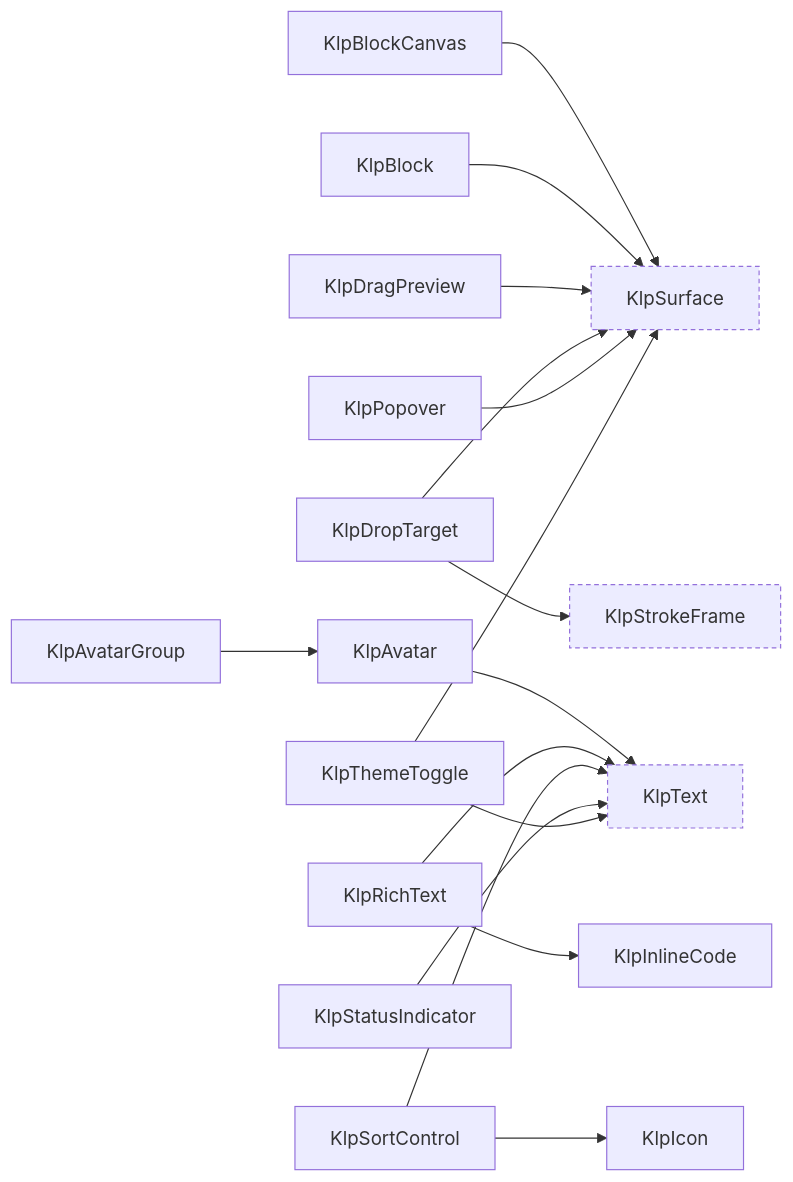
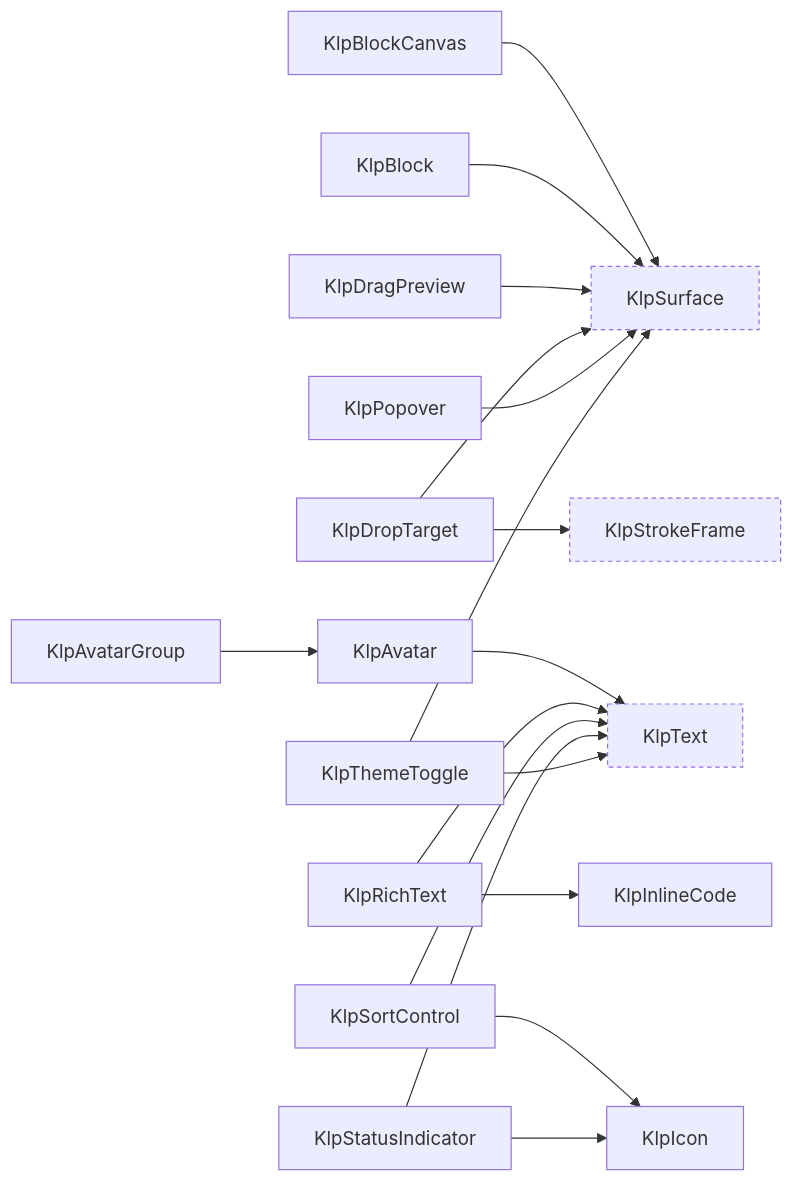
The third of 16 diagrams in spec/component-inventory.md (MiuDog/Kallopis), drawn with Mermaid before and after one commit. The commit also changed other lines of this file and 31 other files, not shown here.

````diff
--- a/spec/component-inventory.md
+++ b/spec/component-inventory.md
@@ -192,35 +192,36 @@
 ```mermaid
 graph LR
   KlpAvatar["KlpAvatar"]
   KlpAvatarGroup["KlpAvatarGroup"]
   KlpBlock["KlpBlock"]
   KlpBlockCanvas["KlpBlockCanvas"]
   KlpDragPreview["KlpDragPreview"]
   KlpDropTarget["KlpDropTarget"]
   KlpIcon["KlpIcon"]
   KlpInlineCode["KlpInlineCode"]
   KlpPopover["KlpPopover"]
   KlpRichText["KlpRichText"]
   KlpSortControl["KlpSortControl"]
   KlpStatusIndicator["KlpStatusIndicator"]
   KlpStrokeFrame["KlpStrokeFrame"]:::external
   KlpSurface["KlpSurface"]:::external
   KlpText["KlpText"]:::external
   KlpThemeToggle["KlpThemeToggle"]
   KlpAvatarGroup --> KlpAvatar
   KlpAvatar --> KlpText
   KlpBlockCanvas --> KlpSurface
   KlpBlock --> KlpSurface
   KlpDragPreview --> KlpSurface
   KlpDropTarget --> KlpStrokeFrame
   KlpDropTarget --> KlpSurface
   KlpPopover --> KlpSurface
   KlpRichText --> KlpInlineCode
   KlpRichText --> KlpText
   KlpSortControl --> KlpIcon
   KlpSortControl --> KlpText
+  KlpStatusIndicator --> KlpIcon
   KlpStatusIndicator --> KlpText
   KlpThemeToggle --> KlpSurface
   KlpThemeToggle --> KlpText
   classDef external stroke-dasharray: 4 3;
 ```
````
